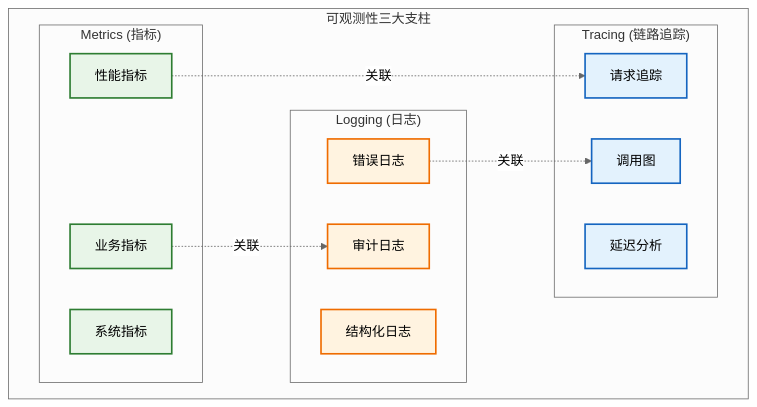
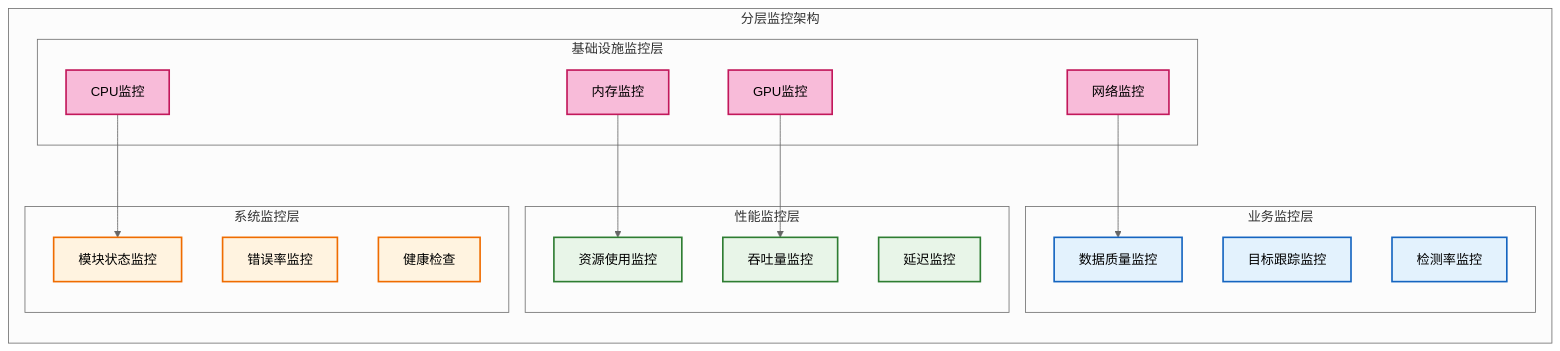
The eighth of 10 diagrams in docs/01_项目设计/01_项目设计/04_核心设计原则.md (wendizhou99-cell/Radar), drawn with Mermaid (neutral theme) before and after one commit. The commit also changed other lines of this file and 12 other files, not shown here.

````diff
--- a/docs/01_项目设计/01_项目设计/04_核心设计原则.md
+++ b/docs/01_项目设计/01_项目设计/04_核心设计原则.md
@@ -698,35 +871,47 @@
 ```mermaid
 graph TB
-    subgraph "可观测性三大支柱"
-        subgraph "Metrics (指标)"
-            PERF_METRICS[性能指标]
-            BUSINESS_METRICS[业务指标]
-            SYSTEM_METRICS[系统指标]
+    subgraph "分层监控架构"
+        direction TB
+
+        subgraph "业务监控层"
+            TARGET_TRACKING[目标跟踪监控]
+            DETECTION_RATE[检测率监控]
+            DATA_QUALITY[数据质量监控]
         end
 
-        subgraph "Logging (日志)"
-            STRUCTURED_LOG[结构化日志]
-            ERROR_LOG[错误日志]
-            AUDIT_LOG[审计日志]
+        subgraph "性能监控层"
+            THROUGHPUT_MONITOR[吞吐量监控]
+            LATENCY_MONITOR[延迟监控]
+            RESOURCE_MONITOR[资源使用监控]
         end
 
-        subgraph "Tracing (链路追踪)"
-            REQUEST_TRACE[请求追踪]
-            CALL_GRAPH[调用图]
-            LATENCY_ANALYSIS[延迟分析]
+        subgraph "系统监控层"
+            MODULE_STATUS[模块状态监控]
+            ERROR_RATE[错误率监控]
+            HEALTH_CHECK[健康检查]
         end
 
-        %% 关联关系
-        PERF_METRICS -.->|关联| REQUEST_TRACE
-        ERROR_LOG -.->|关联| CALL_GRAPH
-        BUSINESS_METRICS -.->|关联| AUDIT_LOG
+        subgraph "基础设施监控层"
+            CPU_MONITOR[CPU监控]
+            MEMORY_MONITOR[内存监控]
+            GPU_MONITOR[GPU监控]
+            NETWORK_MONITOR[网络监控]
+        end
+
+        %% 监控数据流向
+        CPU_MONITOR --> MODULE_STATUS
+        MEMORY_MONITOR --> RESOURCE_MONITOR
+        GPU_MONITOR --> THROUGHPUT_MONITOR
+        NETWORK_MONITOR --> DATA_QUALITY
     end
 
-    classDef metrics fill:#e8f5e8,stroke:#2e7d32,stroke-width:2px
-    classDef logging fill:#fff3e0,stroke:#ef6c00,stroke-width:2px
-    classDef tracing fill:#e3f2fd,stroke:#1565c0,stroke-width:2px
+    classDef business fill:#e3f2fd,stroke:#1565c0,stroke-width:2px
+    classDef performance fill:#e8f5e8,stroke:#2e7d32,stroke-width:2px
+    classDef system fill:#fff3e0,stroke:#ef6c00,stroke-width:2px
+    classDef infrastructure fill:#f8bbd9,stroke:#c2185b,stroke-width:2px
 
-    class PERF_METRICS,BUSINESS_METRICS,SYSTEM_METRICS metrics
-    class STRUCTURED_LOG,ERROR_LOG,AUDIT_LOG logging
-    class REQUEST_TRACE,CALL_GRAPH,LATENCY_ANALYSIS tracing
+    class TARGET_TRACKING,DETECTION_RATE,DATA_QUALITY business
+    class THROUGHPUT_MONITOR,LATENCY_MONITOR,RESOURCE_MONITOR performance
+    class MODULE_STATUS,ERROR_RATE,HEALTH_CHECK system
+    class CPU_MONITOR,MEMORY_MONITOR,GPU_MONITOR,NETWORK_MONITOR infrastructure
 ```
````
